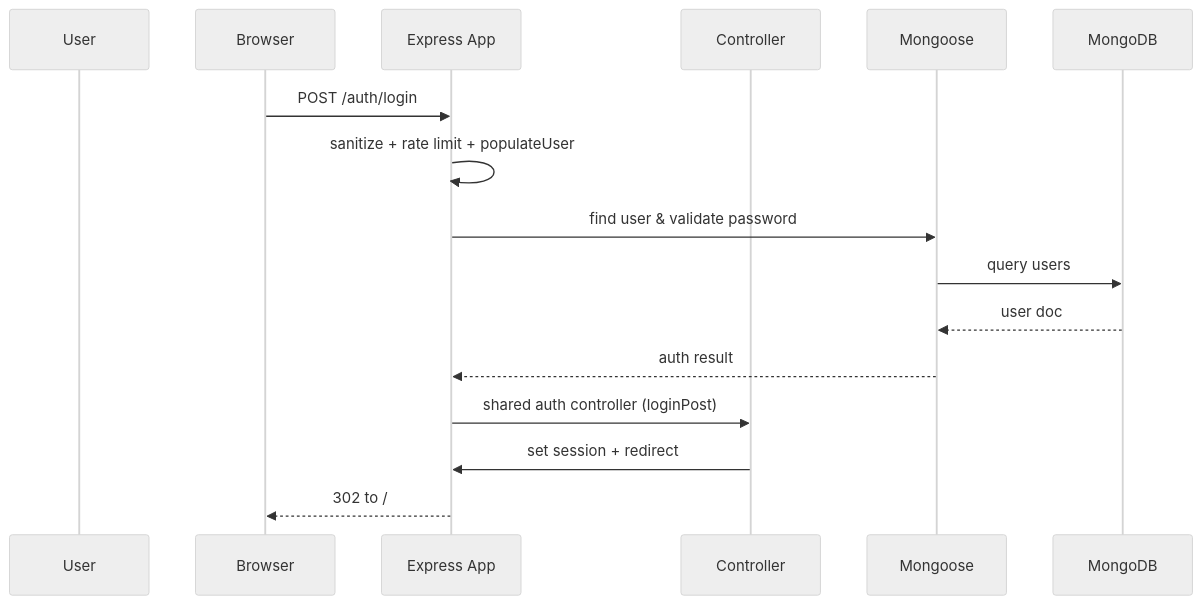
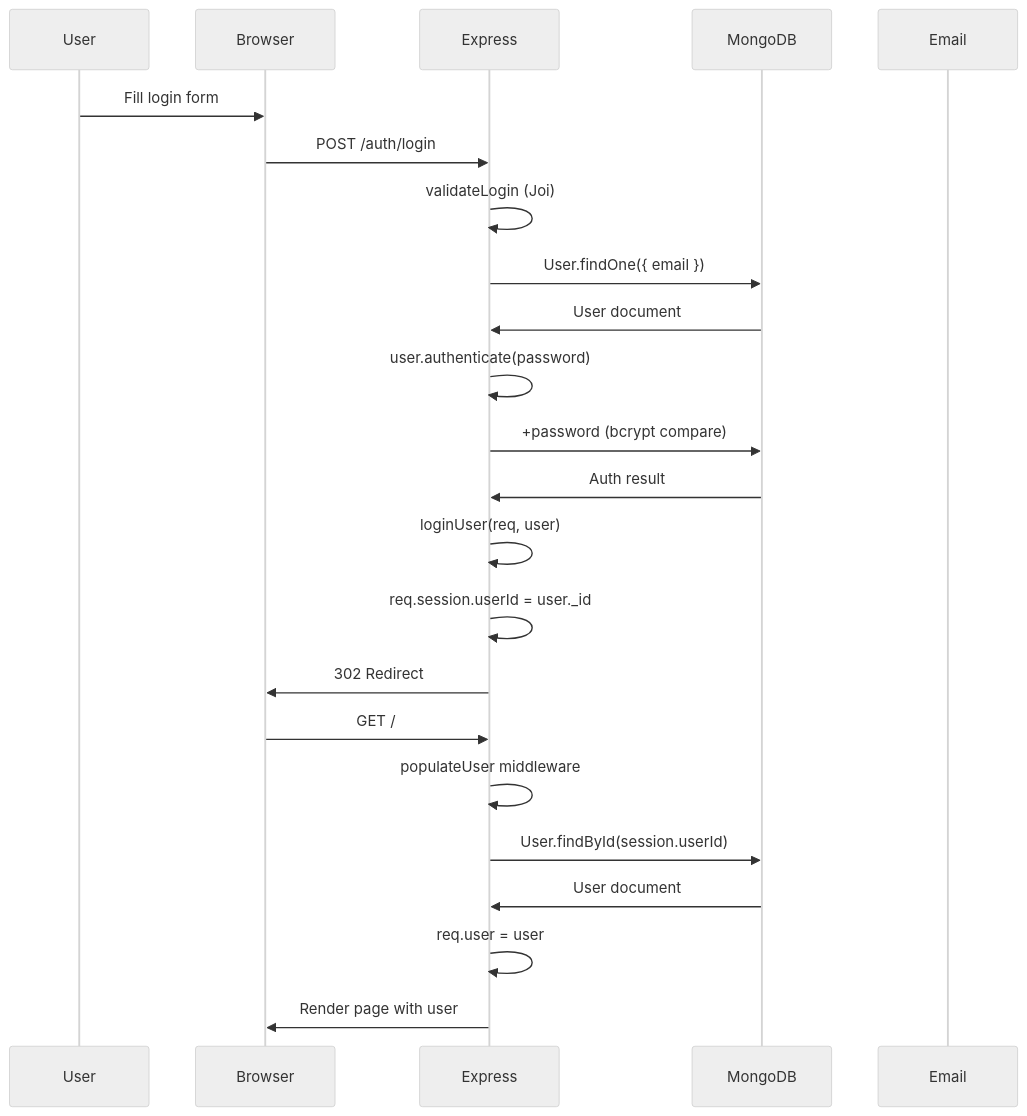
Before and after one commit to hutchybop/longrunner-platform: the third of 5 diagrams in docs/ARCHITECTURE_REFERENCE.md, drawn with Mermaid (neutral theme). The commit also changed other lines of this file and 4 other files, not shown here.

````diff
--- a/docs/ARCHITECTURE_REFERENCE.md
+++ b/docs/ARCHITECTURE_REFERENCE.md
@@ -367,18 +318,26 @@
 ```mermaid
 sequenceDiagram
-    participant U as User
-    participant B as Browser
-    participant A as Express App
-    participant C as Controller
-    participant M as Mongoose
-    participant DB as MongoDB
-    B->>A: POST /auth/login
-    A->>A: sanitize + rate limit + populateUser
-    A->>M: find user & validate password
-    M->>DB: query users
-    DB-->>M: user doc
-    M-->>A: auth result
-    A->>C: shared auth controller (loginPost)
-    C->>A: set session + redirect
-    A-->>B: 302 to /
+    participant User
+    participant Browser
+    participant Express
+    participant MongoDB
+    participant Email
+
+    User->>Browser: Fill login form
+    Browser->>Express: POST /auth/login
+    Express->>Express: validateLogin (Joi)
+    Express->>MongoDB: User.findOne({ email })
+    MongoDB->>Express: User document
+    Express->>Express: user.authenticate(password)
+    Express->>MongoDB: +password (bcrypt compare)
+    MongoDB->>Express: Auth result
+    Express->>Express: loginUser(req, user)
+    Express->>Express: req.session.userId = user._id
+    Express->>Browser: 302 Redirect
+    Browser->>Express: GET /
+    Express->>Express: populateUser middleware
+    Express->>MongoDB: User.findById(session.userId)
+    MongoDB->>Express: User document
+    Express->>Express: req.user = user
+    Express->>Browser: Render page with user
 ```
````
